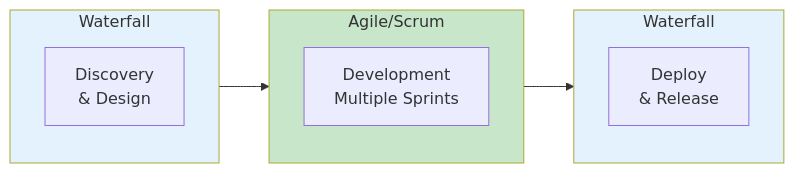
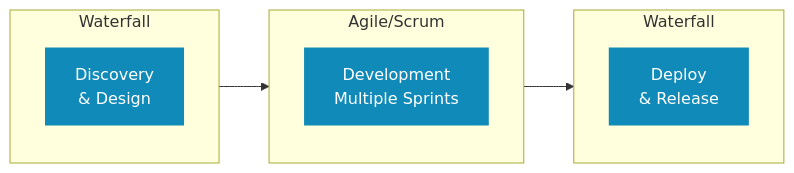
One commit to kevinmcaleer/kevstemplates.com changed the first of 3 diagrams in _pages/methodologies/hybrid.md. Above: the diagram before and after it, drawn with Mermaid. The commit also changed other lines of this file and 72 other files, not shown here.

```diff
--- a/_pages/methodologies/hybrid.md
+++ b/_pages/methodologies/hybrid.md
@@ -58,17 +58,16 @@
 <div class="mermaid">
 flowchart LR
     subgraph W1[Waterfall]
         D1[Discovery\n& Design]
     end
     subgraph A[Agile/Scrum]
         D2[Development\nMultiple Sprints]
     end
     subgraph W2[Waterfall]
         D3[Deploy\n& Release]
     end
     W1 --> A --> W2
 
-    style W1 fill:#e3f2fd
-    style A fill:#c8e6c9
-    style W2 fill:#e3f2fd
+    classDef blue fill:#108BB9,stroke:none,color:#fff
+    class D1,D2,D3 blue
 </div>
```
